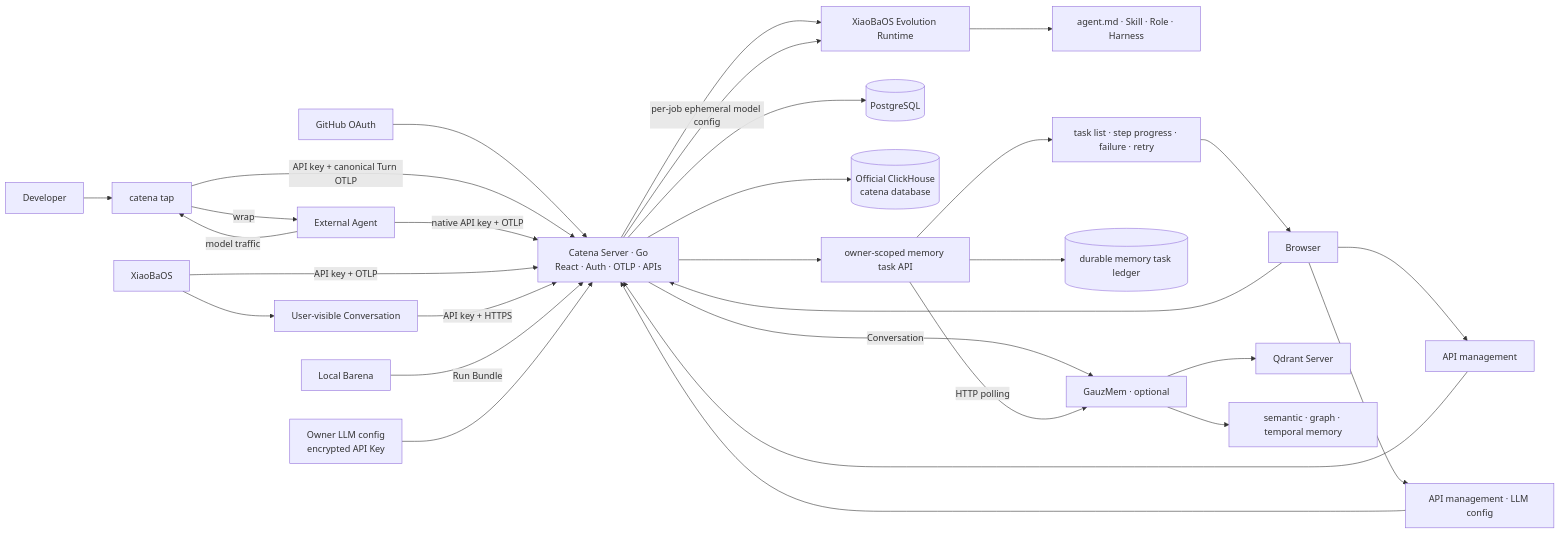
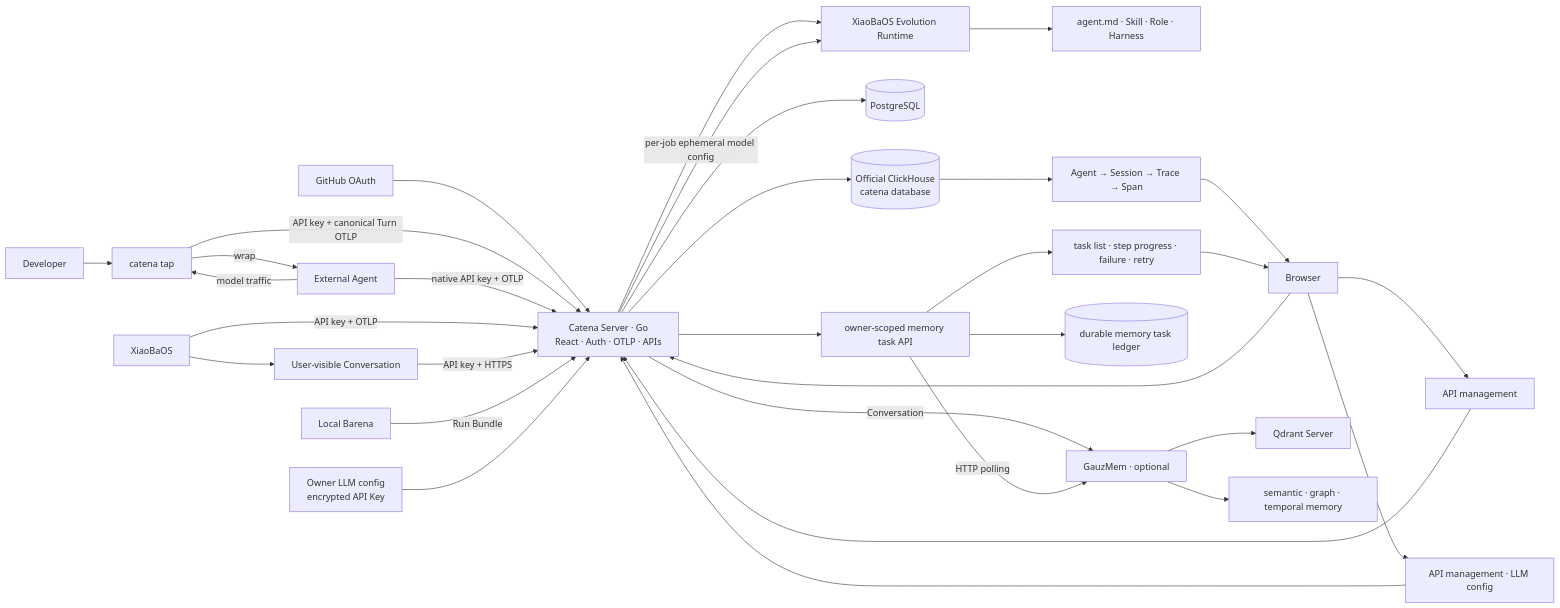
The first of 2 diagrams in SPEC.md (fightheyyy/CATENA), drawn with Mermaid before and after one commit. The commit also changed other lines of this file and 32 other files, not shown here.

Commit message:
feat: navigate traces by session hierarchy

````diff
--- a/SPEC.md
+++ b/SPEC.md
@@ -29,32 +29,34 @@
 ```mermaid
 flowchart LR
     GitHub["GitHub OAuth"] --> Go
     Browser["Browser"] --> Go["Catena Server · Go<br/>React · Auth · OTLP · APIs"]
     Developer["Developer"] --> Tap["catena tap"]
     Tap -->|"wrap"| Runtime["External Agent"]
     Runtime -->|"model traffic"| Tap
     Tap -->|"API key + canonical Turn OTLP"| Go
     Runtime -->|"native API key + OTLP"| Go
     XiaoBa["XiaoBaOS"] -->|"API key + OTLP"| Go
     XiaoBa --> Conversation["User-visible Conversation"]
     Conversation -->|"API key + HTTPS"| Go
     Barena["Local Barena"] -->|"Run Bundle"| Go
     Go --> Runner["XiaoBaOS Evolution Runtime"]
     OwnerModel["Owner LLM config<br/>encrypted API Key"] --> Go
     Go -->|"per-job ephemeral model config"| Runner
     Runner --> Asset["agent.md · Skill · Role · Harness"]
     Go --> PG[("PostgreSQL")]
     Go --> CH[("Official ClickHouse<br/>catena database")]
+    CH --> Hierarchy["Agent → Session → Trace → Span"]
+    Hierarchy --> Browser
     Go -->|"Conversation"| Memory["GauzMem · optional"]
     Go --> TaskAPI["owner-scoped memory task API"]
     TaskAPI --> TaskLedger[("durable memory task ledger")]
     TaskAPI -->|"HTTP polling"| Memory
     Memory --> Vector["Qdrant Server"]
     TaskAPI --> Progress["task list · step progress · failure · retry"]
     Progress --> Browser
     Memory --> Recall["semantic · graph · temporal memory"]
     Browser --> Keys["API management"]
     Browser --> ModelSettings["API management · LLM config"]
     ModelSettings --> Go
     Keys --> Go
 ```
````
